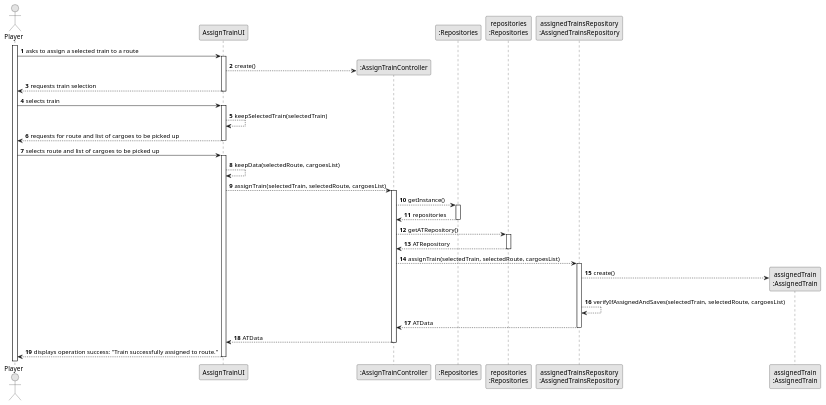
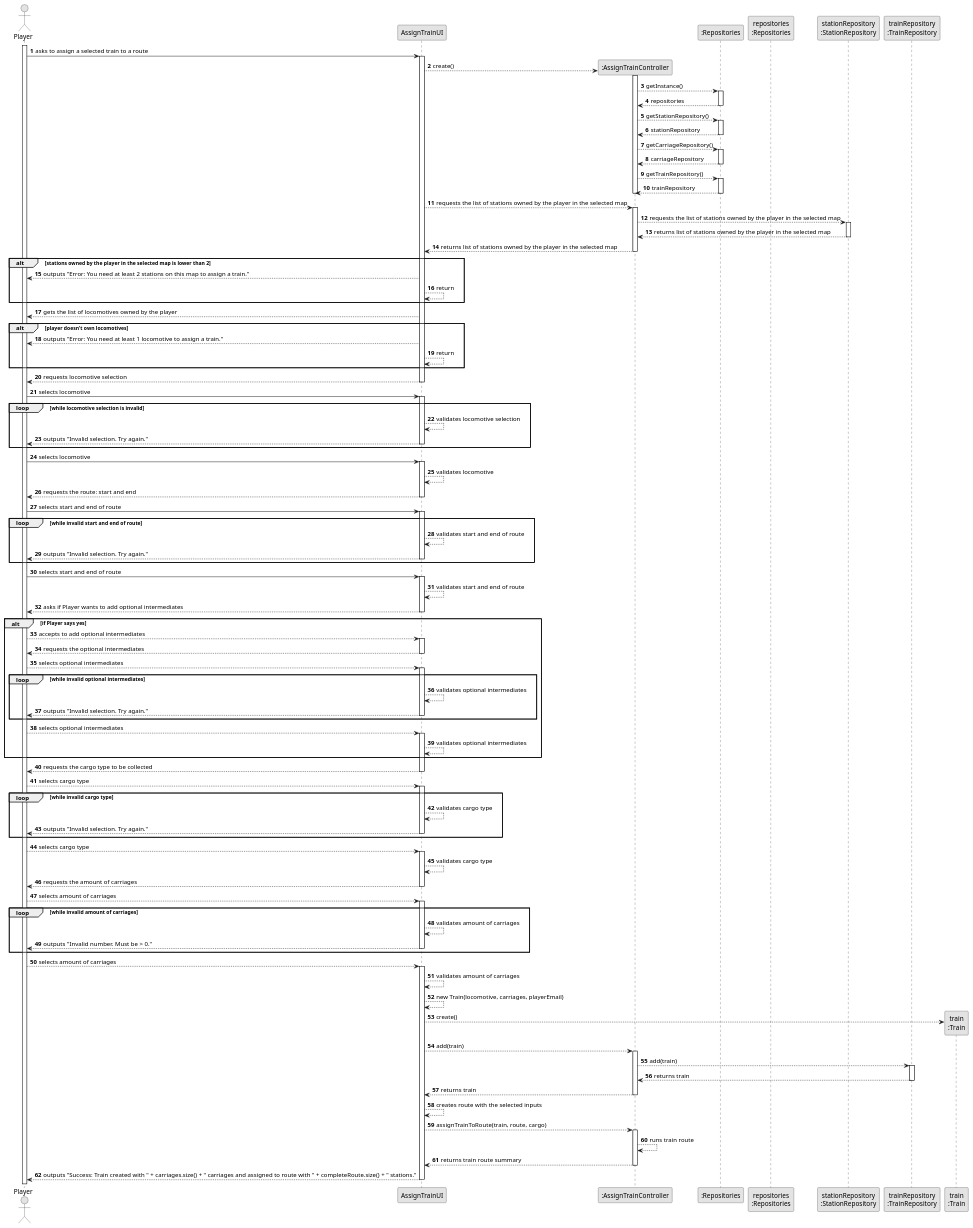
Before and after one commit to goncalolopesp/sem2-pi-24.25-g093-repo: the diagram in docs/system-documentation/US010/03.design/puml/US010-SD.puml, drawn with PlantUML. The commit also changed 3 other files, not shown here.

```diff
--- a/docs/system-documentation/US010/03.design/puml/US010-SD.puml
+++ b/docs/system-documentation/US010/03.design/puml/US010-SD.puml
@@ -1,67 +1,191 @@
 @startuml
 skinparam monochrome true
 skinparam packageStyle rectangle
 skinparam shadowing false
 
 autonumber
 
 actor "Player" as Player
-participant "AssignTrainUI" as ATUI
+participant "AssignTrainUI" as atui
 
 activate Player
 
-Player -> ATUI : asks to assign a selected train to a route
-activate ATUI
+Player -> atui : asks to assign a selected train to a route
+activate atui
 
-create ":AssignTrainController" as ATC
+create ":AssignTrainController" as atc
 
-participant ":Repositories" as REPO
+participant ":Repositories" as repositories
 participant "repositories\n:Repositories" as repo
-participant "assignedTrainsRepository\n:AssignedTrainsRepository" as ATREPO
+participant "stationRepository\n:StationRepository" as srepo
+participant "trainRepository\n:TrainRepository" as trepo
 
-ATUI --> ATC : create()
-ATUI --> Player : requests train selection
-deactivate ATUI
+atui --> atc : create()
+activate atc
 
-Player -> ATUI : selects train
-activate ATUI
+atc --> repositories : getInstance()
+activate repositories
 
-ATUI --> ATUI : keepSelectedTrain(selectedTrain)
-ATUI --> Player : requests for route and list of cargoes to be picked up
-deactivate ATUI
+repositories --> atc : repositories
+deactivate repositories
 
-Player -> ATUI : selects route and list of cargoes to be picked up
-activate ATUI
+atc --> repositories : getStationRepository()
+activate repositories
 
-ATUI --> ATUI : keepData(selectedRoute, cargoesList)
-ATUI --> ATC : assignTrain(selectedTrain, selectedRoute, cargoesList)
-activate ATC
+repositories --> atc : stationRepository
+deactivate repositories
 
-ATC --> REPO : getInstance()
-activate REPO
+atc --> repositories : getCarriageRepository()
+activate repositories
 
-REPO --> ATC : repositories
-deactivate REPO
+repositories --> atc : carriageRepository
+deactivate repositories
 
-ATC --> repo : getATRepository()
-activate repo
+atc --> repositories : getTrainRepository()
+activate repositories
 
-repo --> ATC : ATRepository
-deactivate repo
+repositories --> atc : trainRepository
+deactivate repositories
+deactivate atc
 
-ATC --> ATREPO : assignTrain(selectedTrain, selectedRoute, cargoesList)
-activate ATREPO
+atui --> atc : requests the list of stations owned by the player in the selected map
+activate atc
 
-create "assignedTrain\n:AssignedTrain" as AT
+atc --> srepo : requests the list of stations owned by the player in the selected map
+activate srepo
 
-ATREPO --> AT : create()
-ATREPO --> ATREPO : verifyIfAssignedAndSaves(selectedTrain, selectedRoute, cargoesList)
-ATREPO --> ATC : ATData
-deactivate ATREPO
+srepo --> atc : returns list of stations owned by the player in the selected map
+deactivate srepo
 
-ATC --> ATUI : ATData
-deactivate ATC
+atc --> atui : returns list of stations owned by the player in the selected map
+deactivate atc
 
-ATUI --> Player : displays operation success: "Train successfully assigned to route."
-deactivate ATUI
+alt stations owned by the player in the selected map is lower than 2
+    atui --> Player : outputs "Error: You need at least 2 stations on this map to assign a train."
+    atui --> atui : return
+end
+
+atui --> Player : gets the list of locomotives owned by the player
+
+alt player doesn't own locomotives
+    atui --> Player : outputs "Error: You need at least 1 locomotive to assign a train."
+    atui --> atui : return
+end
+
+atui --> Player : requests locomotive selection
+deactivate atui
+
+Player -> atui : selects locomotive
+activate atui
+
+loop while locomotive selection is invalid
+    atui --> atui : validates locomotive selection
+    atui --> Player : outputs "Invalid selection. Try again."
+    deactivate atui
+end
+
+Player -> atui : selects locomotive
+activate atui
+
+atui --> atui : validates locomotive
+atui --> Player : requests the route: start and end
+deactivate atui
+
+Player -> atui : selects start and end of route
+activate atui
+
+loop while invalid start and end of route
+    atui --> atui : validates start and end of route
+    atui --> Player : outputs "Invalid selection. Try again."
+    deactivate atui
+end
+
+Player -> atui : selects start and end of route
+activate atui
+
+atui --> atui : validates start and end of route
+atui --> Player : asks if Player wants to add optional intermediates
+deactivate atui
+
+alt if Player says yes
+    Player --> atui : accepts to add optional intermediates
+    activate atui
+
+    atui --> Player : requests the optional intermediates
+    deactivate atui
+
+    Player --> atui : selects optional intermediates
+    activate atui
+
+    loop while invalid optional intermediates
+        atui --> atui : validates optional intermediates
+        atui --> Player : outputs "Invalid selection. Try again."
+        deactivate atui
+    end
+
+    Player --> atui : selects optional intermediates
+    activate atui
+
+    atui --> atui : validates optional intermediates
+end
+
+atui --> Player : requests the cargo type to be collected
+deactivate atui
+
+Player --> atui : selects cargo type
+activate atui
+
+loop while invalid cargo type
+    atui --> atui : validates cargo type
+    atui --> Player : outputs "Invalid selection. Try again."
+    deactivate atui
+end
+
+Player --> atui : selects cargo type
+activate atui
+
+atui --> atui : validates cargo type
+atui --> Player : requests the amount of carriages
+deactivate atui
+
+Player --> atui : selects amount of carriages
+activate atui
+
+loop while invalid amount of carriages
+    atui --> atui : validates amount of carriages
+    atui --> Player : outputs "Invalid number. Must be > 0."
+    deactivate atui
+end
+
+Player --> atui : selects amount of carriages
+activate atui
+
+atui --> atui : validates amount of carriages
+atui --> atui : new Train(locomotive, carriages, playerEmail)
+
+create "train\n:Train" as train
+
+atui --> train : create()
+atui --> atc : add(train)
+activate atc
+
+atc --> trepo : add(train)
+activate trepo
+
+trepo --> atc : returns train
+deactivate trepo
+
+atc --> atui : returns train
+deactivate atc
+
+atui --> atui : creates route with the selected inputs
+atui --> atc : assignTrainToRoute(train, route, cargo)
+activate atc
+
+atc --> atc : runs train route
+atc --> atui : returns train route summary
+deactivate atc
+
+atui --> Player : outputs "Success: Train created with " + carriages.size() + " carriages and assigned to route with " + completeRoute.size() + " stations."
+deactivate atui
 @enduml
```
